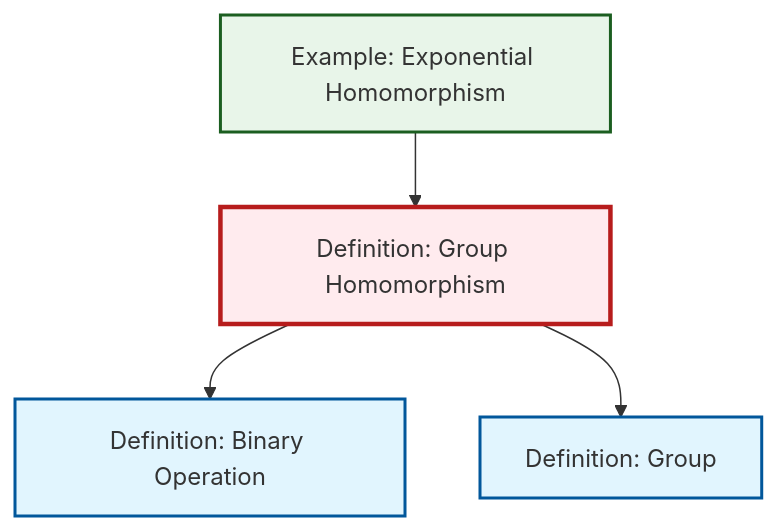
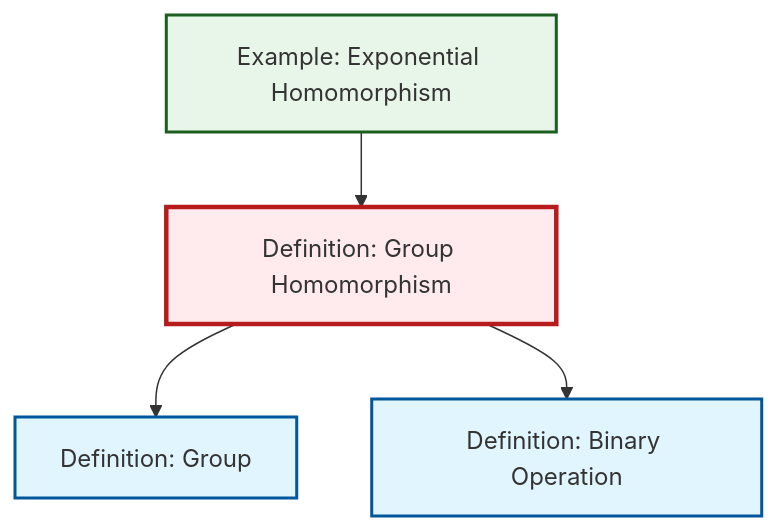
One commit to RK0429/ModernMath changed the diagram in output/mermaid/def-homomorphism.mermaid. Above: the diagram before and after it, drawn with Mermaid. The commit also changed other lines of this file and 151 other files, not shown here.

````diff
--- a/output/mermaid/def-homomorphism.mermaid
+++ b/output/mermaid/def-homomorphism.mermaid
@@ -1,17 +1,17 @@
 ```{mermaid}
 %%| fig-cap: "Local dependency graph"
 graph TD
     classDef definition fill:#e1f5fe,stroke:#01579b,stroke-width:2px
     classDef theorem fill:#f3e5f5,stroke:#4a148c,stroke-width:2px
     classDef axiom fill:#fff3e0,stroke:#e65100,stroke-width:2px
     classDef example fill:#e8f5e9,stroke:#1b5e20,stroke-width:2px
     classDef current fill:#ffebee,stroke:#b71c1c,stroke-width:3px
+    def-homomorphism["Definition: Group Homomorphism"]:::definition
+    def-binary-operation["Definition: Binary Operation"]:::definition
     def-group["Definition: Group"]:::definition
-    def-binary-operation["Definition: Binary Operation"]:::definition
     ex-exponential-homomorphism["Example: Exponential Homomorphism"]:::example
-    def-homomorphism["Definition: Group Homomorphism"]:::definition
+    ex-exponential-homomorphism --> def-homomorphism
+    def-homomorphism --> def-group
     def-homomorphism --> def-binary-operation
-    def-homomorphism --> def-group
-    ex-exponential-homomorphism --> def-homomorphism
     class def-homomorphism current
 ```
````
